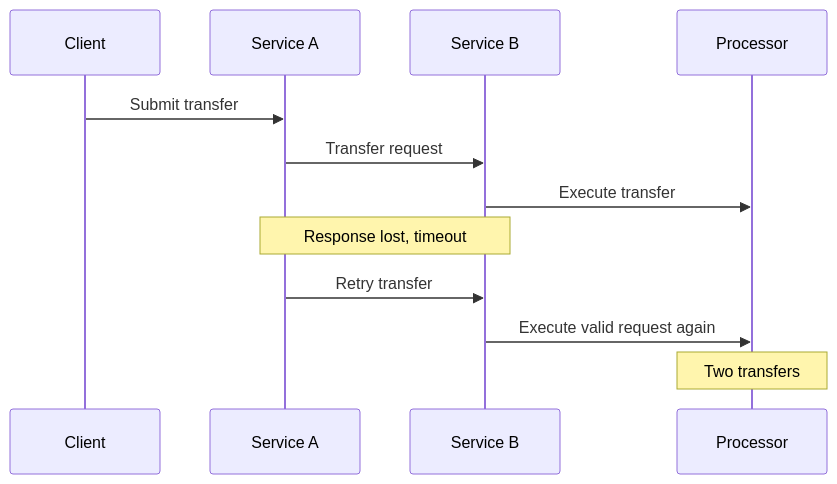
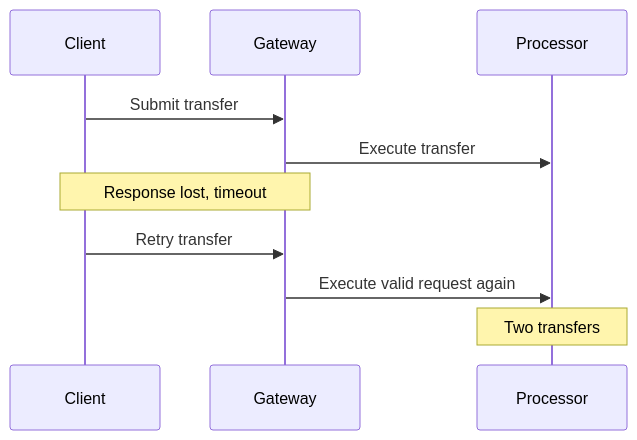
One commit to Laticent/lattice changed the diagram in examples/semantic-testing-deep-dive.md. Above: the diagram before and after it, drawn with Mermaid. The commit also changed other lines of this file and 1 other file, not shown here.

````diff
--- a/examples/semantic-testing-deep-dive.md
+++ b/examples/semantic-testing-deep-dive.md
@@ -494,14 +494,12 @@
 ```mermaid
 sequenceDiagram
   participant C as Client
-  participant A as Service A
-  participant B as Service B
+  participant G as Gateway
   participant P as Processor
-  C->>A: Submit transfer
-  A->>B: Transfer request
-  B->>P: Execute transfer
-  Note over A,B: Response lost, timeout
-  A->>B: Retry transfer
-  B->>P: Execute valid request again
+  C->>G: Submit transfer
+  G->>P: Execute transfer
+  Note over C,G: Response lost, timeout
+  C->>G: Retry transfer
+  G->>P: Execute valid request again
   Note over P: Two transfers
 ```
````
